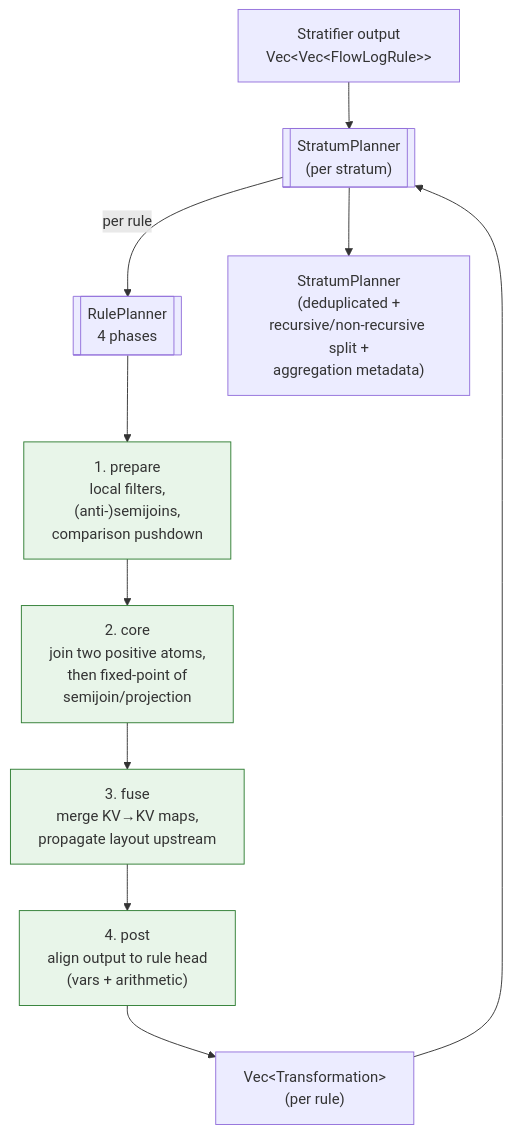
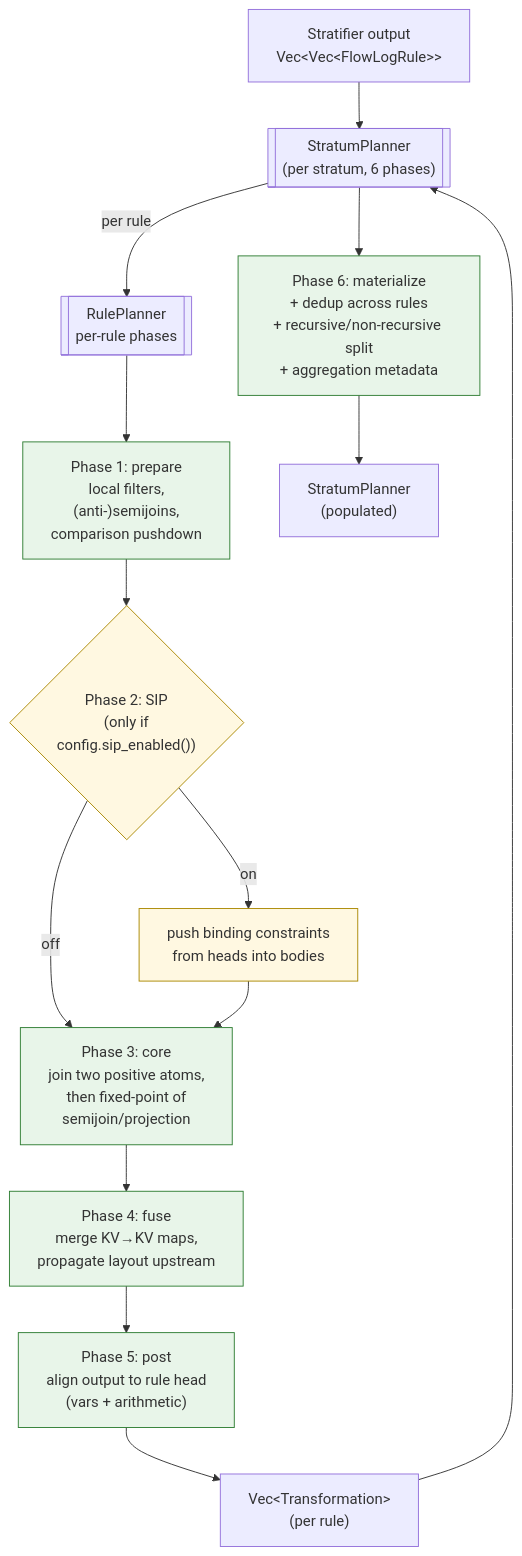
The diagram in crates/flowlog-build/src/planner/README.md (flowlog-rs/flowlog), drawn with Mermaid before and after one commit. The commit also changed other lines of this file, not shown here.

Commit message:
fix(planner README): expand to 6 phases + show SIP as conditional
Verification pointed out that the 'RulePlanner 4 phases' framing was
incomplete: stratum_planner.rs orchestrates SIX numbered phases, with
Phase 2 (SIP) conditional on config.sip_enabled(). The previous
diagram both undercounted phases and lost the SIP step entirely.

The internal RulePlanner rustdoc still names only four phases because
it doesn't *own* SIP — the orchestrator invokes apply_sip between
prepare and core. The README now reflects both views: the per-rule
prepare/SIP/core/fuse/post lane plus the stratum-level Phase 6
(materialize + dedup + recursive split + aggregation metadata).

Updated the mermaid diagram to:
- Number the phases 1..6 to match the source comments.
- Branch SIP through a conditional gate (yellow class) so its
  optionality is visually obvious.
- Promote dedup / split / aggregation metadata from a one-line
  descriptor into a labelled Phase 6 node.

Prose updated correspondingly; layout/reading-order unchanged.

Theme: docs

````diff
--- a/crates/flowlog-build/src/planner/README.md
+++ b/crates/flowlog-build/src/planner/README.md
@@ -16,15 +16,21 @@
 ```mermaid
 flowchart TD
     STRATA["Stratifier output<br/>Vec&lt;Vec&lt;FlowLogRule&gt;&gt;"] --> SP
-    SP[["StratumPlanner<br/>(per stratum)"]] -->|"per rule"| RP
-    RP[["RulePlanner<br/>4 phases"]] --> P1["1. prepare<br/>local filters,<br/>(anti-)semijoins,<br/>comparison pushdown"]
-    P1 --> P2["2. core<br/>join two positive atoms,<br/>then fixed-point of<br/>semijoin/projection"]
-    P2 --> P3["3. fuse<br/>merge KV→KV maps,<br/>propagate layout upstream"]
-    P3 --> P4["4. post<br/>align output to rule head<br/>(vars + arithmetic)"]
-    P4 --> TXS["Vec&lt;Transformation&gt;<br/>(per rule)"]
-    TXS --> SP
-    SP --> OUT["StratumPlanner<br/>(deduplicated +<br/>recursive/non-recursive split +<br/>aggregation metadata)"]
+    SP[["StratumPlanner<br/>(per stratum, 6 phases)"]] -->|"per rule"| RP
+    RP[["RulePlanner<br/>per-rule phases"]] --> P1["Phase 1: prepare<br/>local filters,<br/>(anti-)semijoins,<br/>comparison pushdown"]
+    P1 --> P2{"Phase 2: SIP<br/>(only if<br/>config.sip_enabled())"}
+    P2 -->|"on"| SIP["push binding constraints<br/>from heads into bodies"]
+    P2 -->|"off"| P3
+    SIP --> P3
+    P3["Phase 3: core<br/>join two positive atoms,<br/>then fixed-point of<br/>semijoin/projection"] --> P4
+    P4["Phase 4: fuse<br/>merge KV→KV maps,<br/>propagate layout upstream"] --> P5
+    P5["Phase 5: post<br/>align output to rule head<br/>(vars + arithmetic)"] --> TXS
+    TXS["Vec&lt;Transformation&gt;<br/>(per rule)"] --> SP
+    SP --> P6["Phase 6: materialize<br/>+ dedup across rules<br/>+ recursive/non-recursive split<br/>+ aggregation metadata"]
+    P6 --> OUT["StratumPlanner<br/>(populated)"]
 
     classDef phase fill:#e8f5e9,stroke:#2e7d32
-    class P1,P2,P3,P4 phase
+    class P1,P3,P4,P5,P6 phase
+    classDef cond fill:#fff8e1,stroke:#a80
+    class P2,SIP cond
 ```
````
